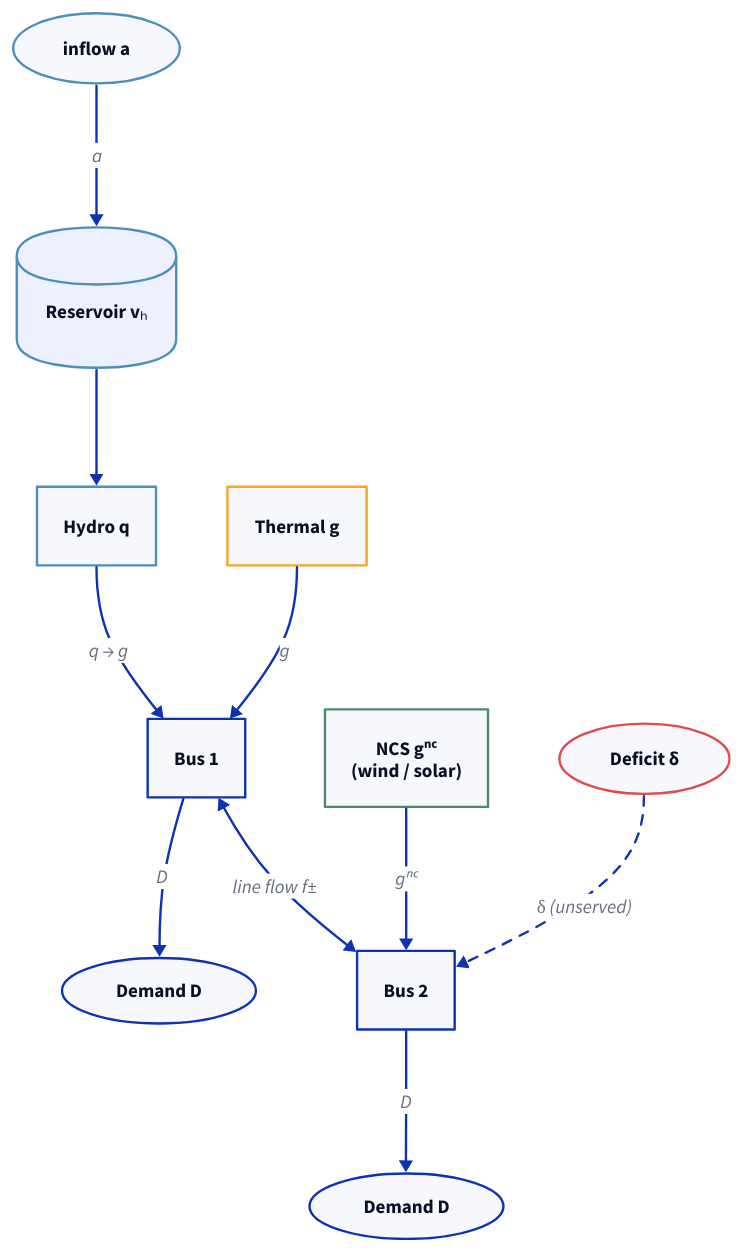
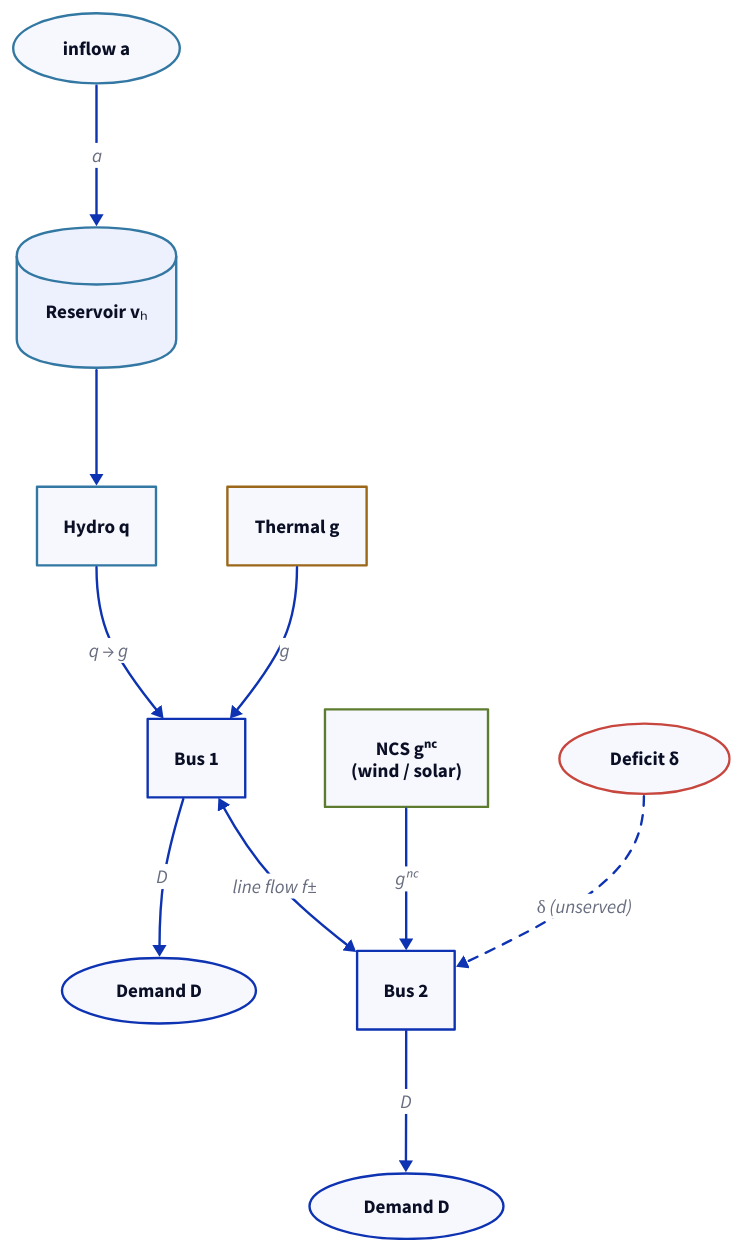
Before and after one commit to ons-ccee-epe/novomodelo-docs: the first of 4 diagrams in src/content/docs/math/system-elements.mdx, drawn with D2. The commit also changed other lines of this file and 31 other files, not shown here.

First line of the commit message:
feat(ui): give diagrams, charts, entities and asides the element palette

````diff
--- a/src/content/docs/math/system-elements.mdx
+++ b/src/content/docs/math/system-elements.mdx
@@ -51,36 +51,36 @@
 ```d2
 direction: down
 
 classes: {
-  hydro: {style: {stroke: "#4a90b8"}}
-  thermal: {style: {stroke: "#f5a623"}}
-  ncs: {style: {stroke: "#4a8b6f"}}
-  deficit: {style: {stroke: "#dc4c4c"}}
+  hydro: {style: {stroke: "#3378a3"}}
+  thermal: {style: {stroke: "#9b6719"}}
+  ncs: {style: {stroke: "#5d7c2f"}}
+  deficit: {style: {stroke: "#c7463d"}}
 }
 
 bus1: "Bus 1" {shape: rectangle}
 bus2: "Bus 2" {shape: rectangle}
 
 inflow: "inflow a" {shape: oval; class: hydro}
 reservoir: "Reservoir vₕ" {shape: cylinder; class: hydro}
 gen_h: "Hydro q" {class: hydro}
 
 gen_t: "Thermal g" {class: thermal}
 gen_v: "NCS gⁿᶜ\n(wind / solar)" {class: ncs}
 
 demand1: "Demand D" {shape: oval}
 demand2: "Demand D" {shape: oval}
 shed: "Deficit δ" {shape: oval; class: deficit}
 
 inflow -> reservoir: "a"
 reservoir -> gen_h
 gen_h -> bus1: "q → g"
 gen_t -> bus1: "g"
 gen_v -> bus2: "gⁿᶜ"
 
 bus1 <-> bus2: "line flow  f±"
 
 bus1 -> demand1: "D"
 bus2 -> demand2: "D"
 shed -> bus2: "δ (unserved)" {style.stroke-dash: 4}
 ```
````
